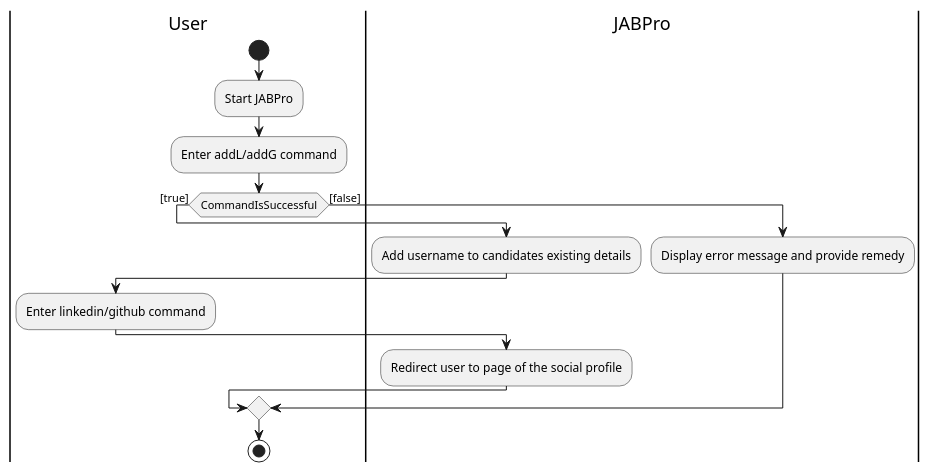
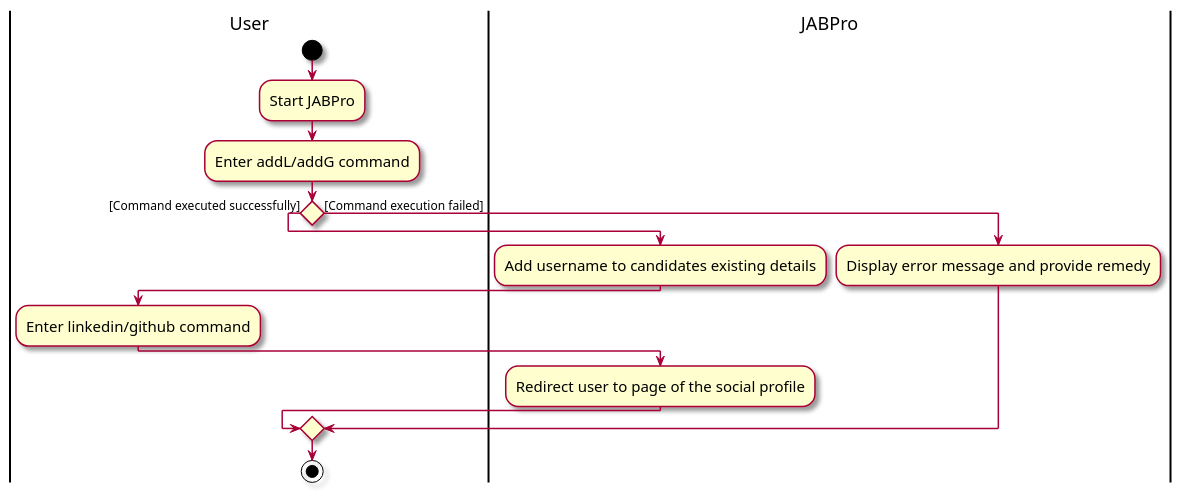
Before and after one commit to AriellaCallista/tp: the diagram in diagrams/linkedinactivitydiagram.puml, drawn with PlantUML. The commit also changed 51 other files, not shown here.

```diff
--- a/diagrams/linkedinactivitydiagram.puml
+++ b/diagrams/linkedinactivitydiagram.puml
@@ -1,24 +1,27 @@
 @startuml
 'https://plantuml.com/activity-diagram-beta
+skin rose
+skinparam ActivityFontSize 15
+skinparam ArrowFontSize 12
 |User|
 start
 :Start JABPro;
 :Enter addL/addG command;
-if (CommandIsSuccessful) then ([true])
+if () then ([Command executed successfully])
   |JABPro|
   :Add username to candidates existing details;
   |User|
   :Enter linkedin/github command;
   |JABPro|
   :Redirect user to page of the social profile;
   |User|
-else ([false])
+else ([Command execution failed])
   |JABPro|
   :Display error message and provide remedy;
   |User|
 
 endif
 
 stop
 
 @enduml
```
